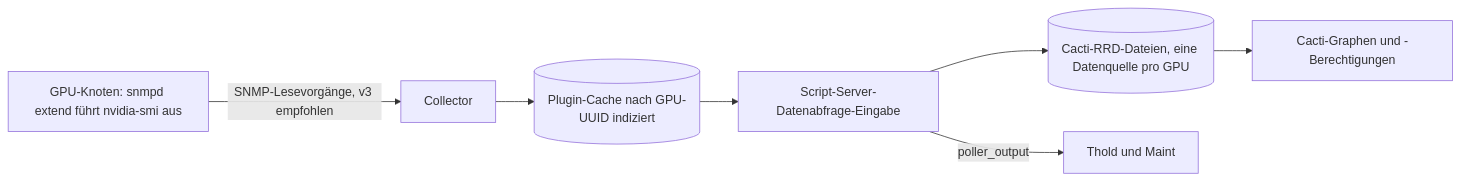
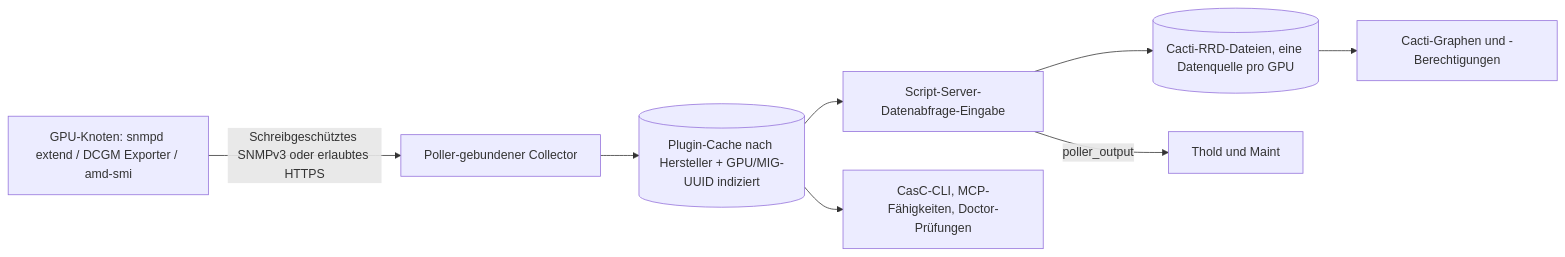
One commit to somethingwithproof/plugin_gpu changed the diagram in docs/i18n/de-DE/README.md. Above: the diagram before and after it, drawn with Mermaid. The commit also changed other lines of this file and 47 other files, not shown here.

````diff
--- a/docs/i18n/de-DE/README.md
+++ b/docs/i18n/de-DE/README.md
@@ -104,9 +104,10 @@
 ```mermaid
 flowchart LR
-    NODE[GPU-Knoten: snmpd extend führt nvidia-smi aus] -->|SNMP-Lesevorgänge, v3 empfohlen| C[Collector]
-    C --> CACHE[(Plugin-Cache nach GPU-UUID indiziert)]
+    NODE["GPU-Knoten: snmpd extend / DCGM Exporter / amd-smi"] -->|Schreibgeschütztes SNMPv3 oder erlaubtes HTTPS| C[Poller-gebundener Collector]
+    C --> CACHE[(Plugin-Cache nach Hersteller + GPU/MIG-UUID indiziert)]
     CACHE --> SS[Script-Server-Datenabfrage-Eingabe]
+    CACHE --> ECO["CasC-CLI, MCP-Fähigkeiten, Doctor-Prüfungen"]
     SS --> RRD[(Cacti-RRD-Dateien, eine Datenquelle pro GPU)]
     SS -->|poller_output| T[Thold und Maint]
     RRD --> G[Cacti-Graphen und -Berechtigungen]
 ```
````
